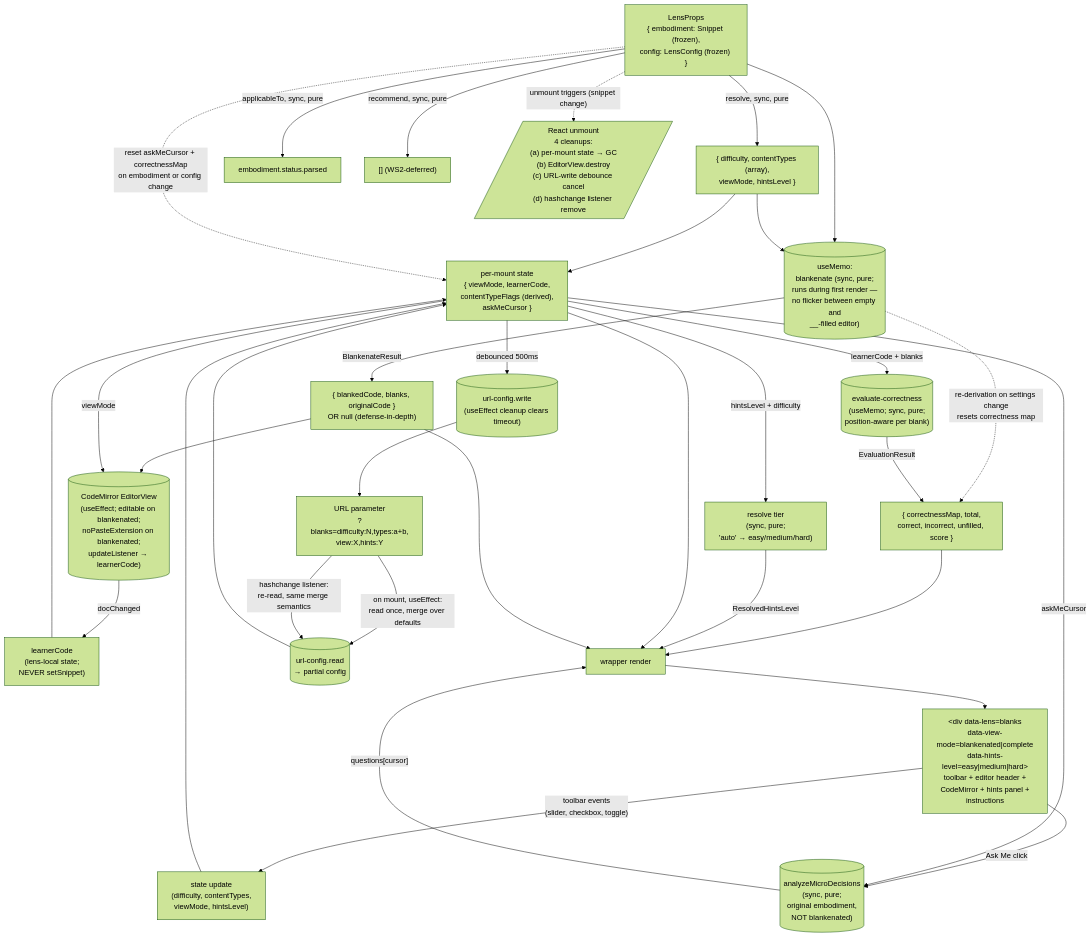
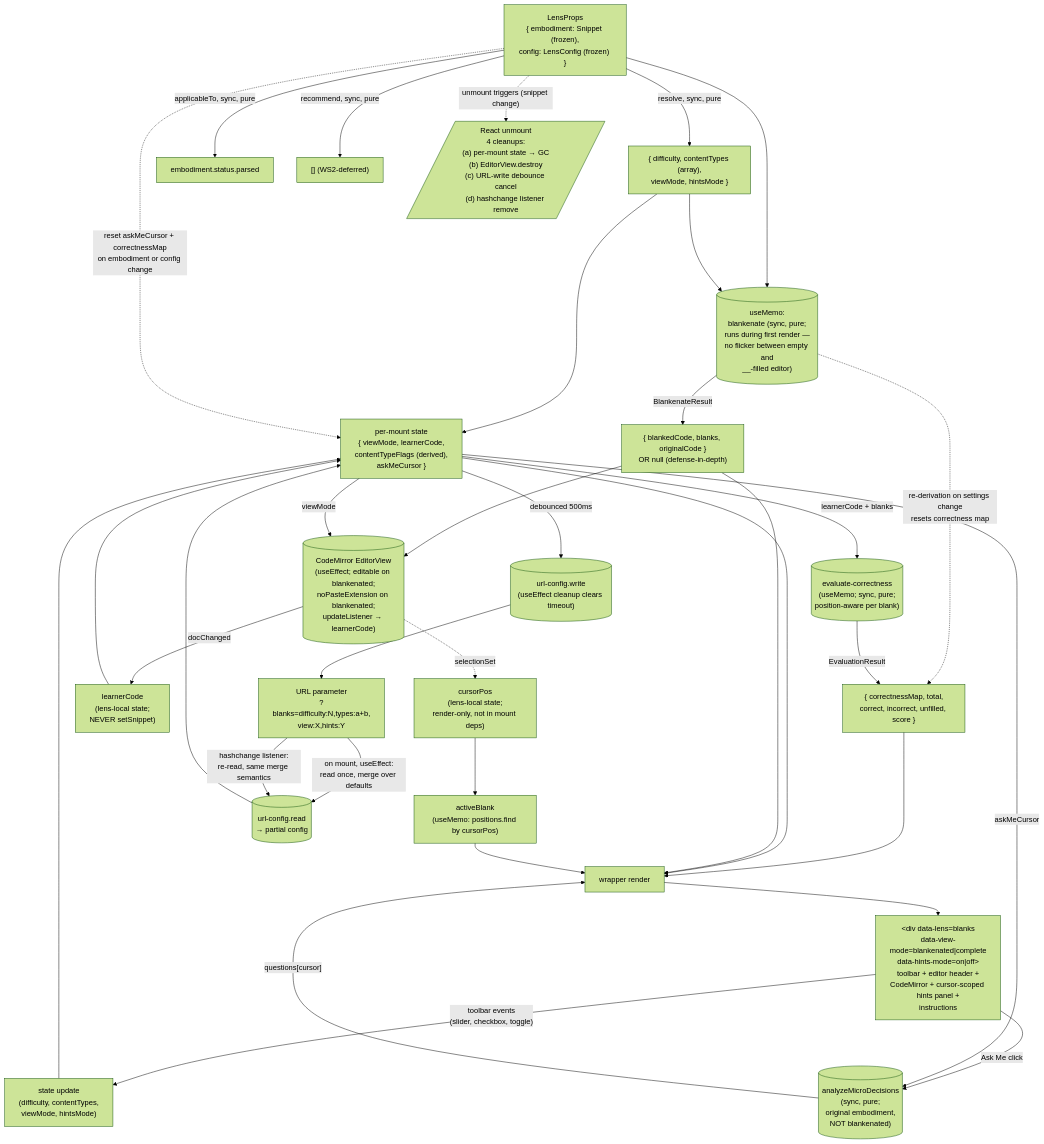
One commit to codeschoolinabox/curricula changed the diagram in src/lib/just-enough/javascript/lenses/blanks/DOCS.md. Above: the diagram before and after it, drawn with Mermaid (forest theme). The commit also changed other lines of this file and 9 other files, not shown here.

First line of the commit message:
feat(blanks): cursor-scoped hints + 3 editor modes + CVD-safe alternation (Inc 6h-redux)

````diff
--- a/src/lib/just-enough/javascript/lenses/blanks/DOCS.md
+++ b/src/lib/just-enough/javascript/lenses/blanks/DOCS.md
@@ -195,50 +197,51 @@
 ```mermaid
 flowchart TD
     Props["LensProps<br/>{ embodiment: Snippet (frozen),<br/>config: LensConfig (frozen) }"]
 
-    Props -->|"resolve, sync, pure"| ResolvedConfig["{ difficulty, contentTypes (array),<br/>viewMode, hintsLevel }"]
+    Props -->|"resolve, sync, pure"| ResolvedConfig["{ difficulty, contentTypes (array),<br/>viewMode, hintsMode }"]
     Props -->|"applicableTo, sync, pure"| Gate["embodiment.status.parsed"]
     Props -->|"recommend, sync, pure"| Recs["[] (WS2-deferred)"]
 
     ResolvedConfig --> State["per-mount state<br/>{ viewMode, learnerCode,<br/>contentTypeFlags (derived),<br/>askMeCursor }"]
 
     Props --> Memo
     ResolvedConfig --> Memo[("useMemo:<br/>blankenate (sync, pure;<br/>runs during first render —<br/>no flicker between empty and<br/>__-filled editor)")]
 
     Memo -->|"BlankenateResult"| Blanks["{ blankedCode, blanks, originalCode }<br/>OR null (defense-in-depth)"]
     Memo -.->|"re-derivation on settings change<br/>resets correctness map"| Correctness
 
     Blanks --> Editor
     State -->|"viewMode"| Editor[("CodeMirror EditorView<br/>(useEffect; editable on blankenated;<br/>noPasteExtension on blankenated;<br/>updateListener → learnerCode)")]
 
     Editor -->|"docChanged"| LearnerCode["learnerCode<br/>(lens-local state;<br/>NEVER setSnippet)"]
     LearnerCode --> State
 
     State -->|"learnerCode + blanks"| Eval[("evaluate-correctness<br/>(useMemo; sync, pure;<br/>position-aware per blank)")]
     Eval -->|"EvaluationResult"| Correctness["{ correctnessMap, total,<br/>correct, incorrect, unfilled, score }"]
     Correctness --> Render
 
-    State -->|"hintsLevel + difficulty"| ResolveTier["resolve tier<br/>(sync, pure;<br/>'auto' → easy/medium/hard)"]
-    ResolveTier -->|"ResolvedHintsLevel"| Render
+    Editor -.->|"selectionSet"| CursorPos["cursorPos<br/>(lens-local state;<br/>render-only, not in mount deps)"]
+    CursorPos --> ActiveBlank["activeBlank<br/>(useMemo: positions.find by cursorPos)"]
 
     State --> Render["wrapper render"]
     Blanks --> Render
+    ActiveBlank --> Render
 
-    Render --> DOM["&lt;div data-lens=blanks<br/>data-view-mode=blankenated|complete<br/>data-hints-level=easy|medium|hard&gt;<br/>toolbar + editor header +<br/>CodeMirror + hints panel +<br/>instructions"]
+    Render --> DOM["&lt;div data-lens=blanks<br/>data-view-mode=blankenated|complete<br/>data-hints-mode=on|off&gt;<br/>toolbar + editor header +<br/>CodeMirror + cursor-scoped hints panel +<br/>instructions"]
 
-    DOM -->|"toolbar events<br/>(slider, checkbox, toggle)"| ConfigUpdate["state update<br/>(difficulty, contentTypes,<br/>viewMode, hintsLevel)"]
+    DOM -->|"toolbar events<br/>(slider, checkbox, toggle)"| ConfigUpdate["state update<br/>(difficulty, contentTypes,<br/>viewMode, hintsMode)"]
     ConfigUpdate --> State
 
     State -->|"debounced 500ms"| URLWrite[("url-config.write<br/>(useEffect cleanup clears timeout)")]
     URLWrite --> URL["URL parameter<br/>?blanks=difficulty:N,types:a+b,<br/>view:X,hints:Y"]
     URL -->|"on mount, useEffect:<br/>read once, merge over defaults"| URLRead[("url-config.read<br/>→ partial config")]
     URL -->|"hashchange listener:<br/>re-read, same merge semantics"| URLRead
     URLRead --> State
 
     DOM -->|"Ask Me click"| AskMe[("analyzeMicroDecisions<br/>(sync, pure;<br/>original embodiment,<br/>NOT blankenated)")]
     AskMe -->|"questions[cursor]"| Render
     State -->|"askMeCursor"| AskMe
     Props -.->|"reset askMeCursor + correctnessMap<br/>on embodiment or config change"| State
 
     Props -.->|"unmount triggers (snippet change)"| Unmount[/"React unmount<br/>4 cleanups:<br/>(a) per-mount state → GC<br/>(b) EditorView.destroy<br/>(c) URL-write debounce cancel<br/>(d) hashchange listener remove"/]
 ```
````
